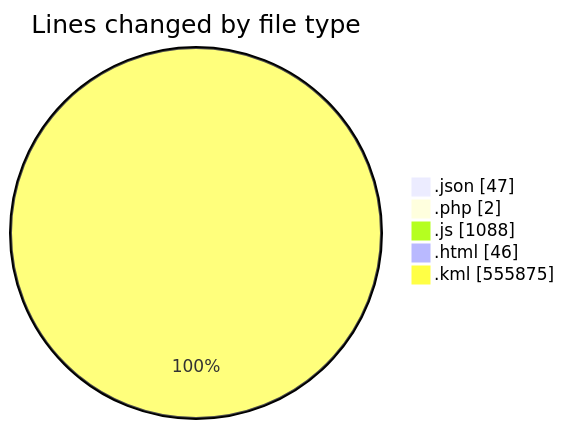
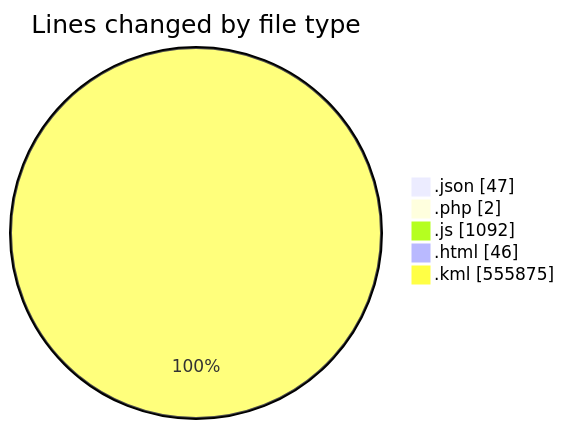
One commit to LanceThiago/code-tracking changed the first of 2 diagrams in 2025-03-27/kml/README.md. Above: the diagram before and after it, drawn with Mermaid. The commit also changed other lines of this file and 1 other file, not shown here.

````diff
--- a/2025-03-27/kml/README.md
+++ b/2025-03-27/kml/README.md
@@ -28,9 +28,9 @@
 ```mermaid
 pie showData
 title Lines changed by file type
 ".json" : 47
 ".php" : 2
-".js" : 1088
+".js" : 1092
 ".html" : 46
 ".kml" : 555875
 ```
````
